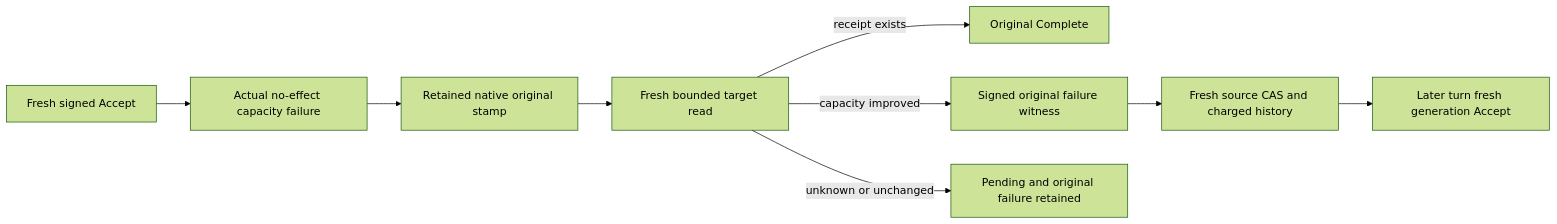
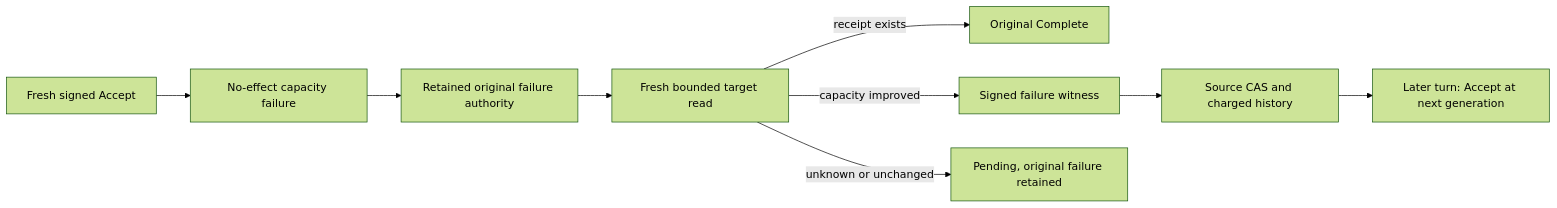
Before and after one commit to managedcode/KeyLoad: the second of 2 diagrams in docs/Features/Messaging/RemoteTransfers.md, drawn with Mermaid (forest theme). The commit also changed other lines of this file and 271 other files, not shown here.

````diff
--- a/docs/Features/Messaging/RemoteTransfers.md
+++ b/docs/Features/Messaging/RemoteTransfers.md
@@ -160,11 +184,11 @@
 ```mermaid
 flowchart LR
-  A[Fresh signed Accept] --> B[Actual no-effect capacity failure]
-  B --> C[Retained native original stamp]
+  A[Fresh signed Accept] --> B[No-effect capacity failure]
+  B --> C[Retained original failure authority]
   C --> D[Fresh bounded target read]
   D -->|receipt exists| E[Original Complete]
-  D -->|capacity improved| F[Signed original failure witness]
-  F --> G[Fresh source CAS and charged history]
-  G --> H[Later turn fresh generation Accept]
-  D -->|unknown or unchanged| I[Pending and original failure retained]
+  D -->|capacity improved| F[Signed failure witness]
+  F --> G[Source CAS and charged history]
+  G --> H[Later turn: Accept at next generation]
+  D -->|unknown or unchanged| I[Pending, original failure retained]
 ```
````
